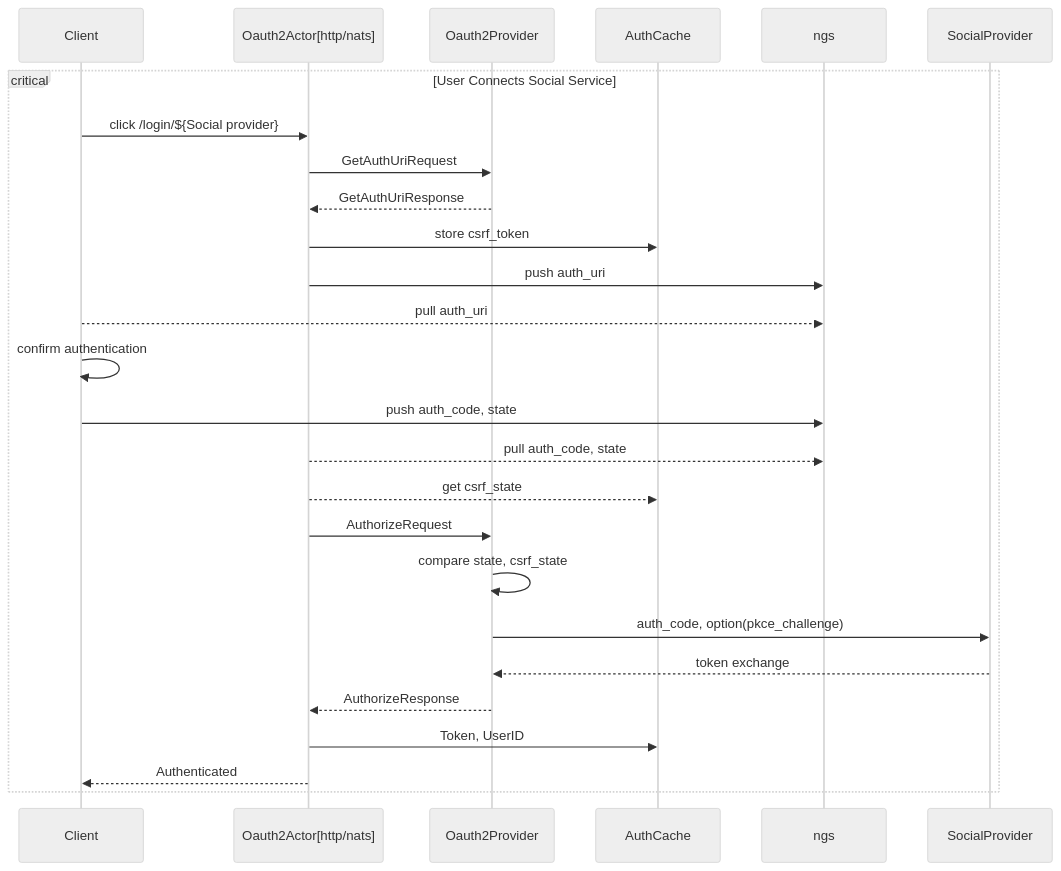
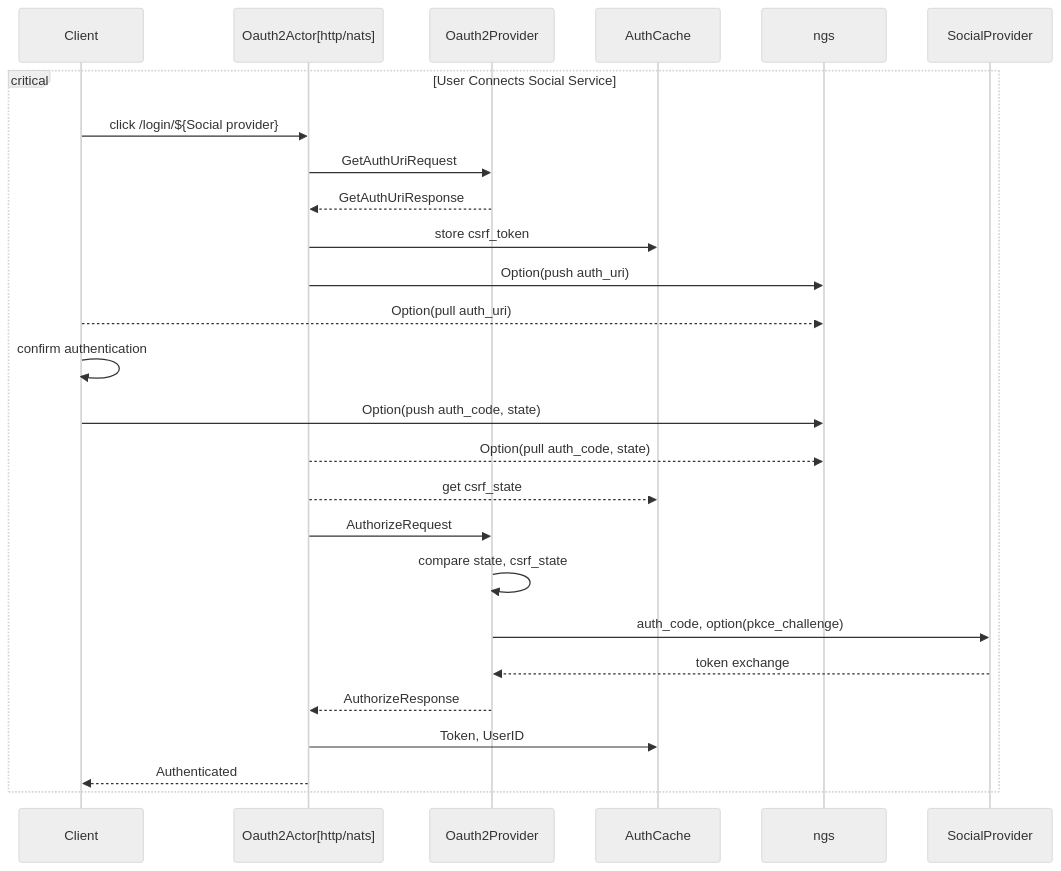
One commit to jamminmusic/Features changed the diagram in oauth2/oauth2.md. Above: the diagram before and after it, drawn with Mermaid (neutral theme).

Commit message:
oauth2 Diagram update

````diff
--- a/oauth2/oauth2.md
+++ b/oauth2/oauth2.md
@@ -3,30 +3,30 @@
 ``` mermaid
 sequenceDiagram
     %% Actors
     participant Client
     participant Oauth2Actor[http/nats]
     participant Oauth2Provider
     participant AuthCache
     participant ngs
     participant SocialProvider
 
     critical User Connects Social Service
         Client ->> Oauth2Actor[http/nats]: click /login/${Social provider}
         Oauth2Actor[http/nats] ->> Oauth2Provider: GetAuthUriRequest
         Oauth2Provider -->> Oauth2Actor[http/nats]: GetAuthUriResponse
         Oauth2Actor[http/nats] ->> AuthCache: store csrf_token
-        Oauth2Actor[http/nats] ->> ngs: push auth_uri
-        Client -->> ngs: pull auth_uri
+        Oauth2Actor[http/nats] ->> ngs: Option(push auth_uri)
+        Client -->> ngs: Option(pull auth_uri)
         Client ->> Client: confirm authentication
-        Client ->> ngs: push auth_code, state
-        Oauth2Actor[http/nats] -->> ngs: pull auth_code, state
+        Client ->> ngs: Option(push auth_code, state)
+        Oauth2Actor[http/nats] -->> ngs: Option(pull auth_code, state)
         Oauth2Actor[http/nats] -->> AuthCache: get csrf_state
         Oauth2Actor[http/nats] ->> Oauth2Provider: AuthorizeRequest
         Oauth2Provider ->> Oauth2Provider: compare state, csrf_state
         Oauth2Provider ->> SocialProvider: auth_code, option(pkce_challenge)
         SocialProvider -->> Oauth2Provider: token exchange
         Oauth2Provider -->> Oauth2Actor[http/nats]: AuthorizeResponse
         Oauth2Actor[http/nats] ->> AuthCache: Token, UserID
         Oauth2Actor[http/nats] -->> Client: Authenticated
     end
 ```
````
